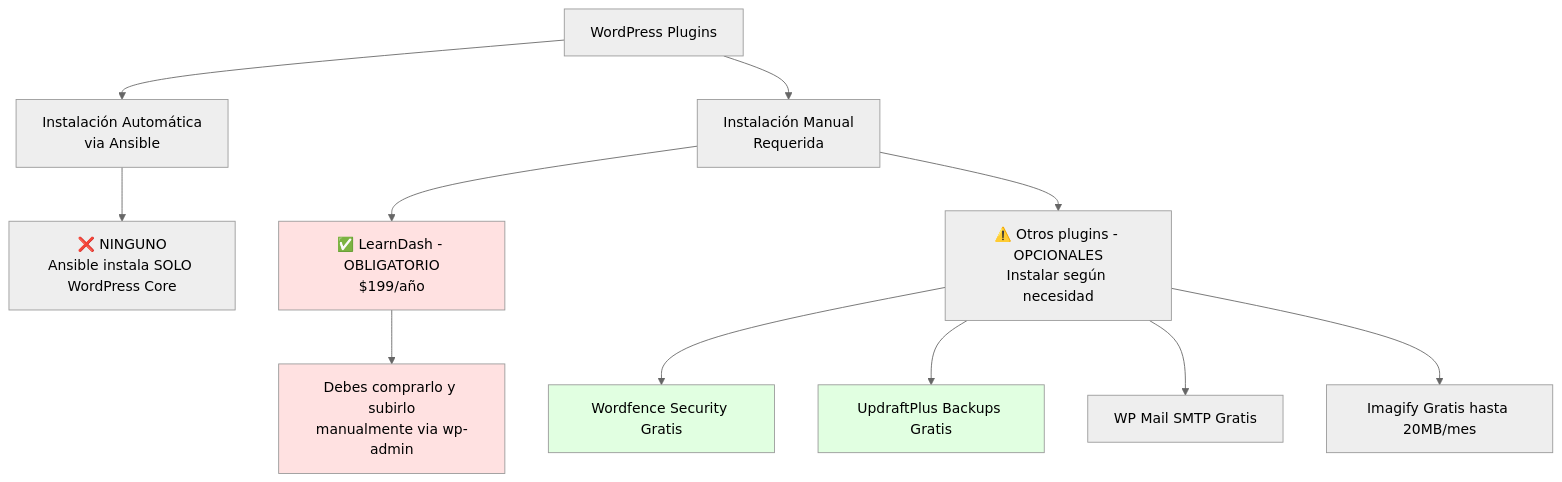
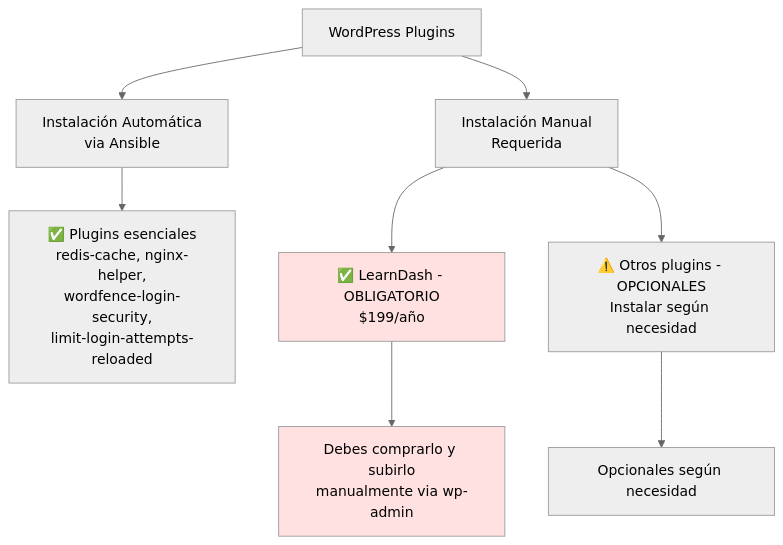
The ninth of 25 diagrams in docs/guides/DEPLOYMENT_GUIDE.md (malpanez/hetzner-secure-infrastructure), drawn with Mermaid (neutral theme) before and after one commit. The commit also changed other lines of this file and 38 other files, not shown here.

````diff
--- a/docs/guides/DEPLOYMENT_GUIDE.md
+++ b/docs/guides/DEPLOYMENT_GUIDE.md
@@ -466,22 +466,17 @@
 ```mermaid
 flowchart TD
     A[WordPress Plugins] --> B[Instalación Automática<br/>via Ansible]
     A --> C[Instalación Manual<br/>Requerida]
 
-    B --> B1[❌ NINGUNO<br/>Ansible instala SOLO WordPress Core]
+    B --> B1[✅ Plugins esenciales<br/>redis-cache, nginx-helper,<br/>wordfence-login-security,<br/>limit-login-attempts-reloaded]
 
     C --> C1[✅ LearnDash - OBLIGATORIO<br/>$199/año]
     C --> C2[⚠️ Otros plugins - OPCIONALES<br/>Instalar según necesidad]
 
     C1 --> C1A[Debes comprarlo y subirlo<br/>manualmente via wp-admin]
 
-    C2 --> C2A[Wordfence Security Gratis]
-    C2 --> C2B[UpdraftPlus Backups Gratis]
-    C2 --> C2C[WP Mail SMTP Gratis]
-    C2 --> C2D[Imagify Gratis hasta 20MB/mes]
+    C2 --> C2A[Opcionales según necesidad]
 
     style C1 fill:#ffe1e1
     style C1A fill:#ffe1e1
-    style C2A fill:#e1ffe1
-    style C2B fill:#e1ffe1
 ```
````
